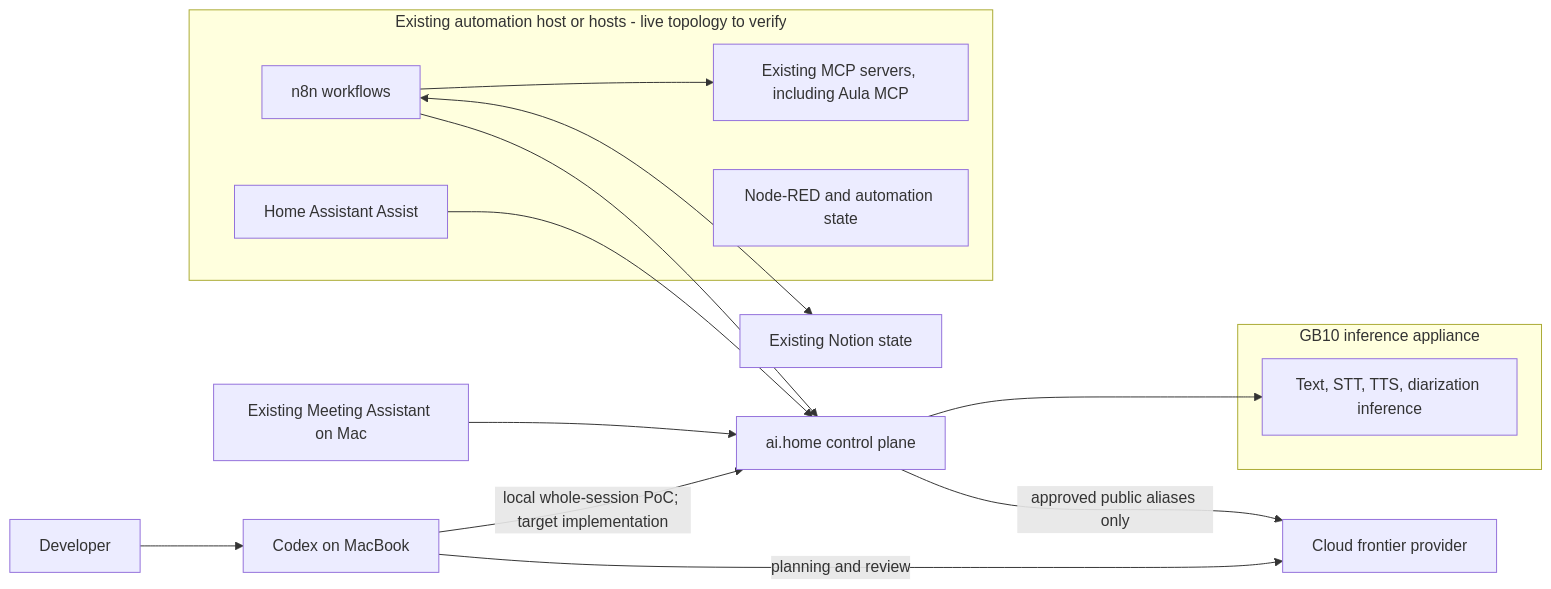
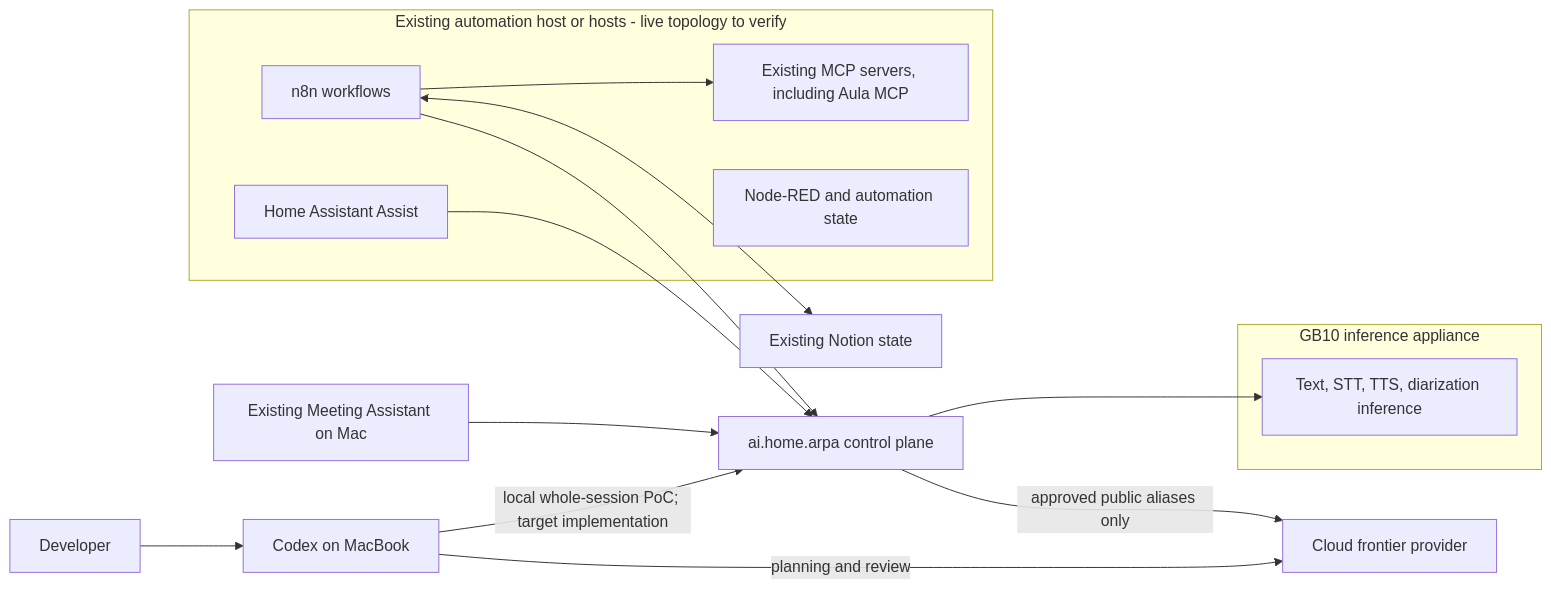
Before and after one commit to madslundt/HomeCompute: the first of 14 diagrams in docs/architecture.md, drawn with Mermaid. The commit also changed other lines of this file and 89 other files, not shown here.

Commit message:
feat: add reproducible NixOS control plane

````diff
--- a/docs/architecture.md
+++ b/docs/architecture.md
@@ -55,28 +61,28 @@
 ```mermaid
 flowchart LR
     Dev[Developer] --> Codex[Codex on MacBook]
     Codex -->|planning and review| Cloud[Cloud frontier provider]
-    Codex -->|local whole-session PoC; target implementation| Control[ai.home control plane]
+    Codex -->|local whole-session PoC; target implementation| Control[ai.home.arpa control plane]
 
     Meeting[Existing Meeting Assistant on Mac] --> Control
 
     subgraph HAOS[Existing automation host or hosts - live topology to verify]
         HA[Home Assistant Assist]
         N8N[n8n workflows]
         MCP[Existing MCP servers, including Aula MCP]
         NR[Node-RED and automation state]
         N8N --> MCP
     end
 
     HA --> Control
     N8N --> Control
 
     subgraph Appliance[GB10 inference appliance]
         Capabilities[Text, STT, TTS, diarization inference]
     end
 
     Control --> Capabilities
     Control -->|approved public aliases only| Cloud
 
     N8N <--> Notion[Existing Notion state]
 ```
````
